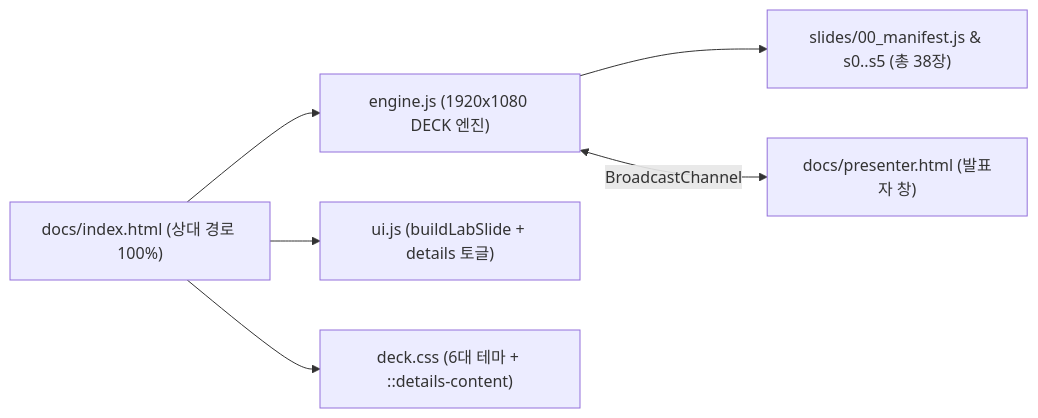
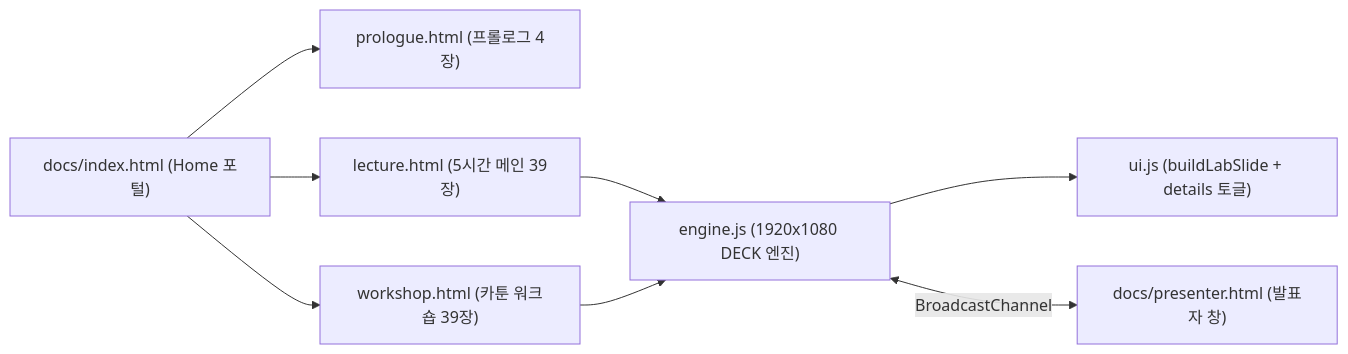
One commit to yojulab/learn_Loop_engineering changed the diagram in docs/README.md. Above: the diagram before and after it, drawn with Mermaid. The commit also changed other lines of this file and 7 other files, not shown here.

````diff
--- a/docs/README.md
+++ b/docs/README.md
@@ -11,8 +16,9 @@
 ```mermaid
 flowchart LR
-    IDX["docs/index.html (상대 경로 100%)"] --> ENG["engine.js (1920x1080 DECK 엔진)"]
-    IDX --> UI["ui.js (buildLabSlide + details 토글)"]
-    IDX --> CSS["deck.css (6대 테마 + ::details-content)"]
-    ENG --> SL["slides/00_manifest.js & s0..s5 (총 38장)"]
+    IDX["docs/index.html (Home 포털)"] --> PRO["prologue.html (프롤로그 4장)"]
+    IDX --> LEC["lecture.html (5시간 메인 39장)"]
+    IDX --> WRK["workshop.html (카툰 워크숍 39장)"]
+    LEC & WRK --> ENG["engine.js (1920x1080 DECK 엔진)"]
+    ENG --> UI["ui.js (buildLabSlide + details 토글)"]
     ENG <-->|"BroadcastChannel"| PRS["docs/presenter.html (발표자 창)"]
 ```
````
